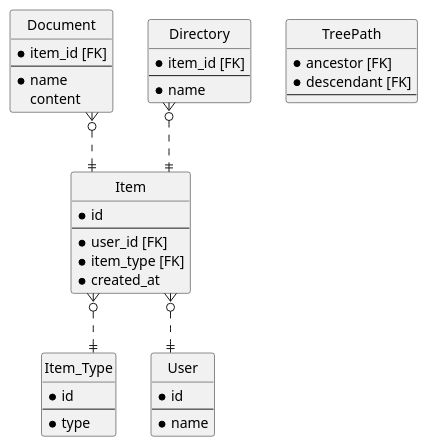
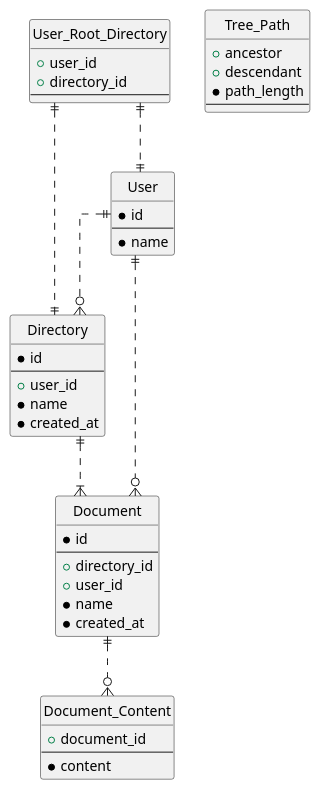
The diagram in 03_データベース/09_DBモデリング/【回答】DBモデリング3.md (gn-t-k/PrAhaChallengeTasks), drawn with PlantUML before and after one commit. The commit also changed other lines of this file, not shown here.

````diff
--- a/03_データベース/09_DBモデリング/【回答】DBモデリング3.md
+++ b/03_データベース/09_DBモデリング/【回答】DBモデリング3.md
@@ -5,52 +7,57 @@
 ```plantuml
 @startuml
 
 hide circle
 skinparam linetype ortho
 
-Entity Item {
+Entity Document {
   *id
   --
-  *user_id [FK]
-  *item_type [FK]
+  +directory_id
+  +user_id
+  *name
   *created_at
 }
 
-Entity Item_Type {
-  *id
+Entity Document_Content {
+  +document_id
   --
-  *type
-}
-
-Entity Document {
-  *item_id [FK]
-  --
-  *name
-  content
+  *content
 }
 
 Entity Directory {
-  *item_id [FK]
+  *id
   --
+  +user_id
   *name
+  *created_at
 }
 
 Entity User {
   *id
   --
   *name
 }
 
-Entity TreePath {
-  *ancestor [FK]
-  *descendant [FK]
+Entity User_Root_Directory {
+  +user_id
+  +directory_id
   --
 }
 
-Item }o..|| Item_Type
-Item }o..|| User
-Document }o..|| Item
-Directory }o..|| Item
+Entity Tree_Path {
+  +ancestor
+  +descendant
+  *path_length
+  --
+}
+
+Document ||..o{ Document_Content
+Directory ||..|{ Document
+User ||..o{ Document
+User ||..o{  Directory
+User_Root_Directory ||..|| User
+User_Root_Directory ||..|| Directory
 
 @enduml
 ```
````
